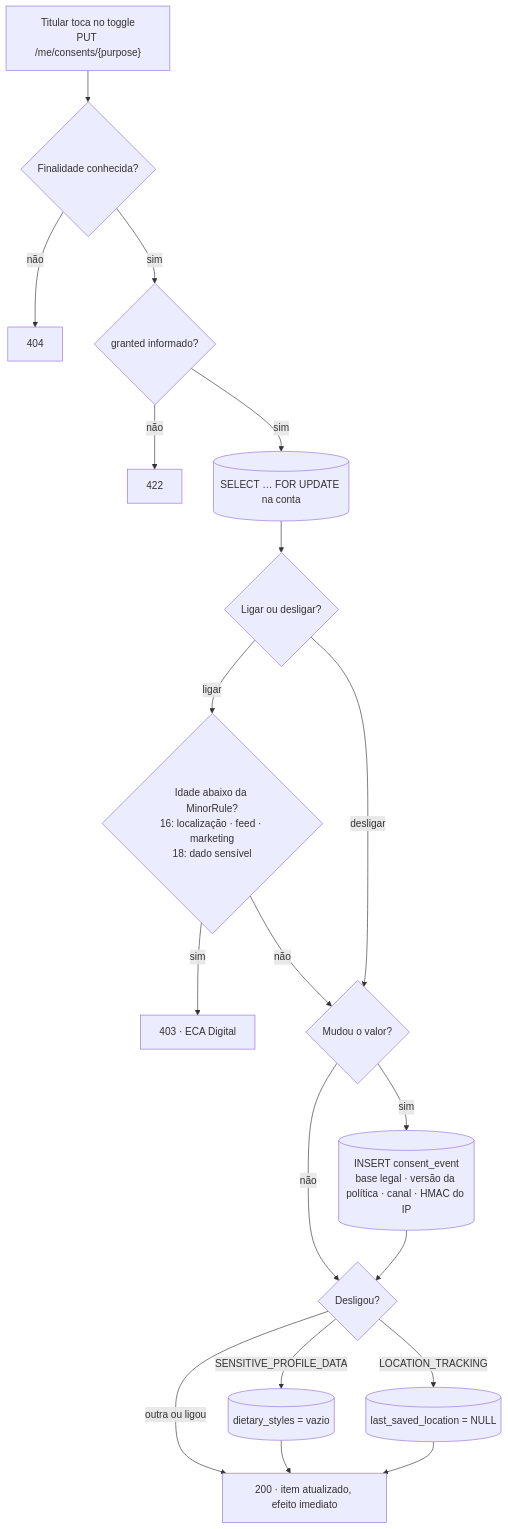
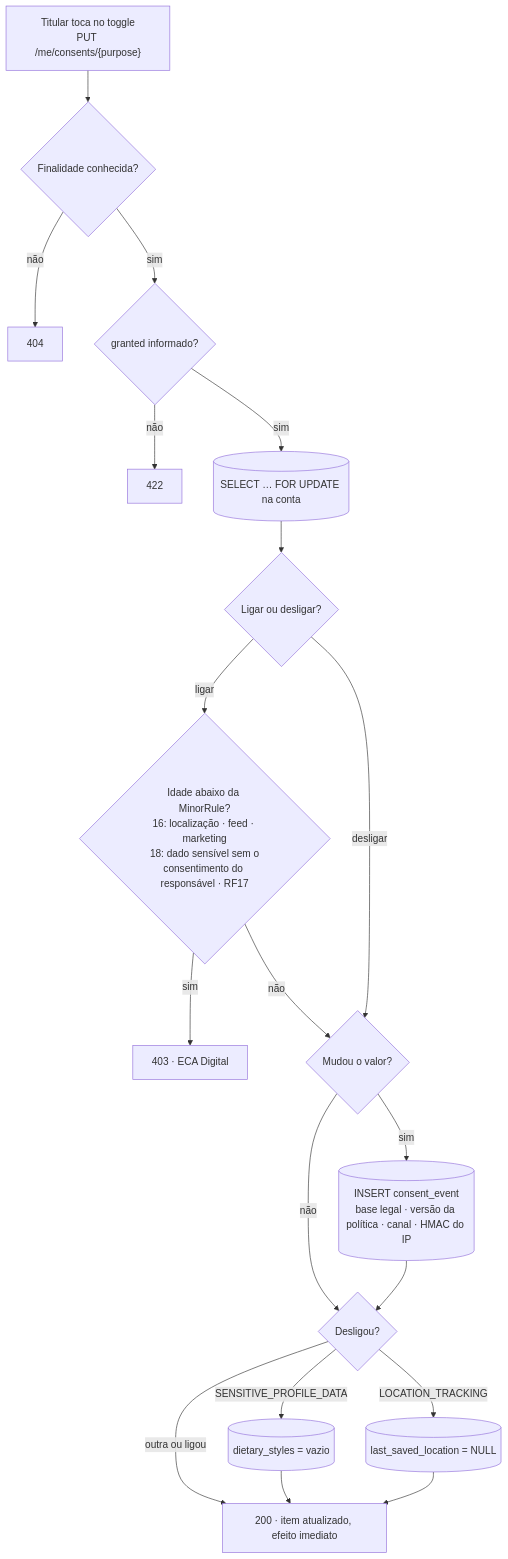
The first of 2 diagrams in docs/RF3/atividades.md (MatheusHaliski/Friendly-Eats), drawn with Mermaid before and after one commit. The commit also changed 71 other files, not shown here.

````diff
--- a/docs/RF3/atividades.md
+++ b/docs/RF3/atividades.md
@@ -3,20 +3,20 @@
 ```mermaid
 flowchart TD
     A["Titular toca no toggle<br/>PUT /me/consents/{purpose}"] --> P{Finalidade conhecida?}
     P -- não --> E404[404]
     P -- sim --> V{granted informado?}
     V -- não --> E422[422]
     V -- sim --> L[(SELECT … FOR UPDATE na conta)]
     L --> C{Ligar ou desligar?}
-    C -- ligar --> B{Idade abaixo da MinorRule?<br/>16: localização · feed · marketing<br/>18: dado sensível}
+    C -- ligar --> B{Idade abaixo da MinorRule?<br/>16: localização · feed · marketing<br/>18: dado sensível sem o<br/>consentimento do responsável · RF17}
     B -- sim --> E403[403 · ECA Digital]
     B -- não --> S{Mudou o valor?}
     C -- desligar --> S
     S -- sim --> G[(INSERT consent_event<br/>base legal · versão da política · canal · HMAC do IP)]
     S -- não --> F
     G --> F{Desligou?}
     F -- "SENSITIVE_PROFILE_DATA" --> X1[(dietary_styles = vazio)]
     F -- "LOCATION_TRACKING" --> X2[(last_saved_location = NULL)]
     F -- outra ou ligou --> OK
     X1 & X2 --> OK[200 · item atualizado, efeito imediato]
 ```
````
